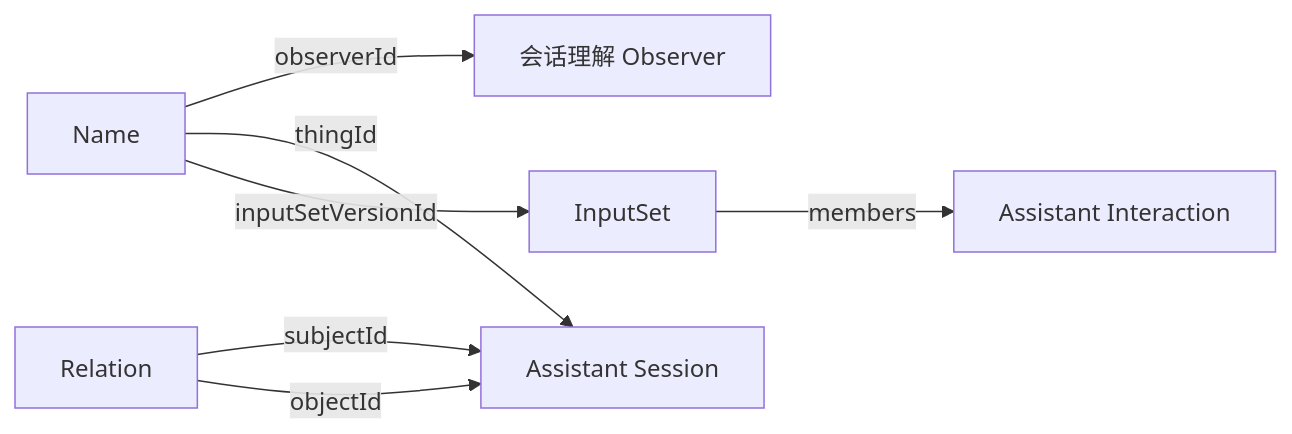
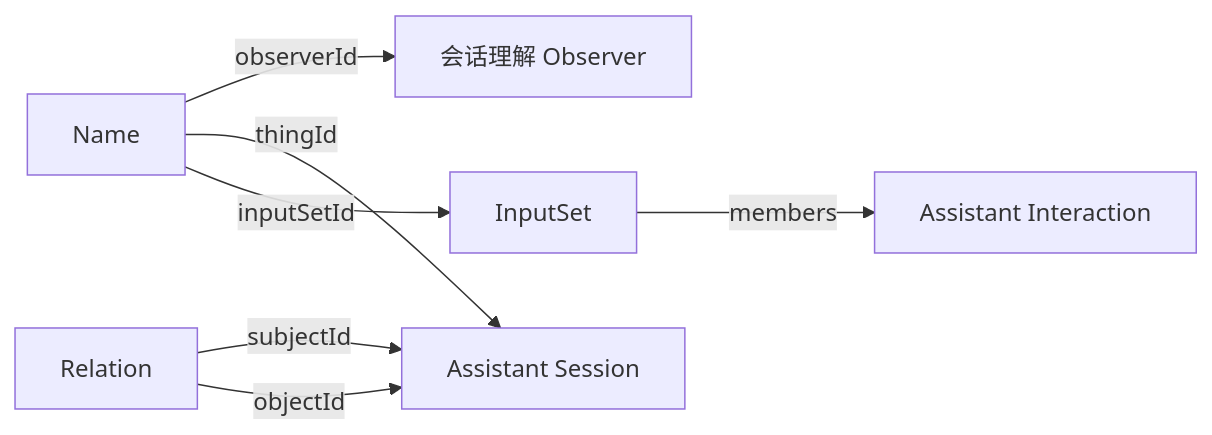
The diagram in src/Docs/Orisumi.Docs/content/docs/observers/session-understanding/index.mdx (shenxianovo/Orisumi), drawn with Mermaid before and after one commit. The commit also changed other lines of this file and 413 other files, not shown here.

````diff
--- a/src/Docs/Orisumi.Docs/content/docs/observers/session-understanding/index.mdx
+++ b/src/Docs/Orisumi.Docs/content/docs/observers/session-understanding/index.mdx
@@ -20,15 +19,14 @@
 ```mermaid
 flowchart LR
   N[Name] -->|observerId| R[会话理解 Observer]
   N -->|thingId| S[Assistant Session]
   L[Relation] -->|subjectId| S
   L -->|objectId| S
-  N -->|inputSetVersionId| I[InputSet]
+  N -->|inputSetId| I[InputSet]
   I -->|members| A[Assistant Interaction]
-  click R "/observers/session-understanding/session-understanding-observer"
-  click N "/core/rules/understanding#name"
-  click L "/core/rules/understanding#relation"
+  click N "/core/model/common-types#name"
+  click L "/core/model/common-types#relation"
   click S "/observers/assistant-sessions/assistant-session"
   click I "/core/model/input-set"
   click A "/observers/assistant-sessions/assistant-interaction"
 ```
````
